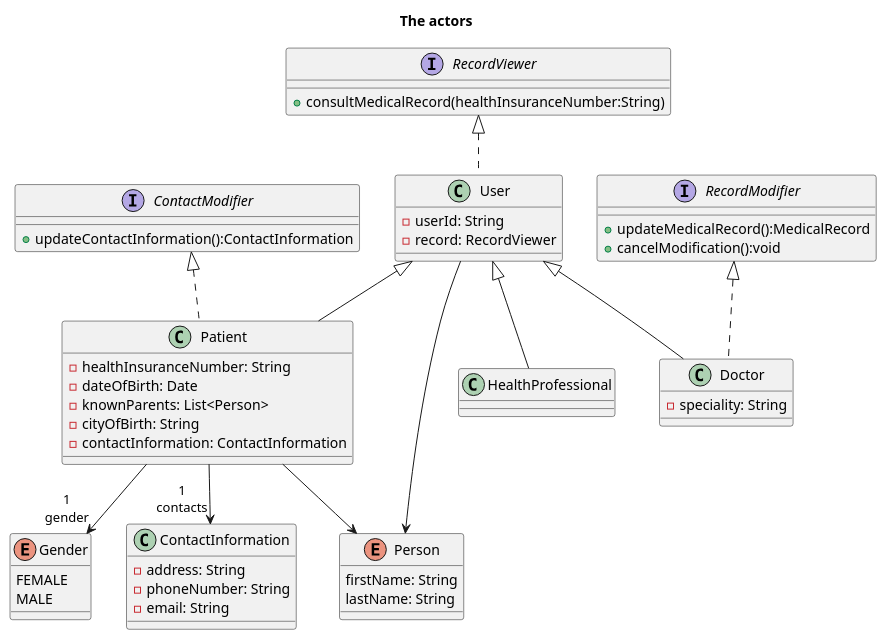
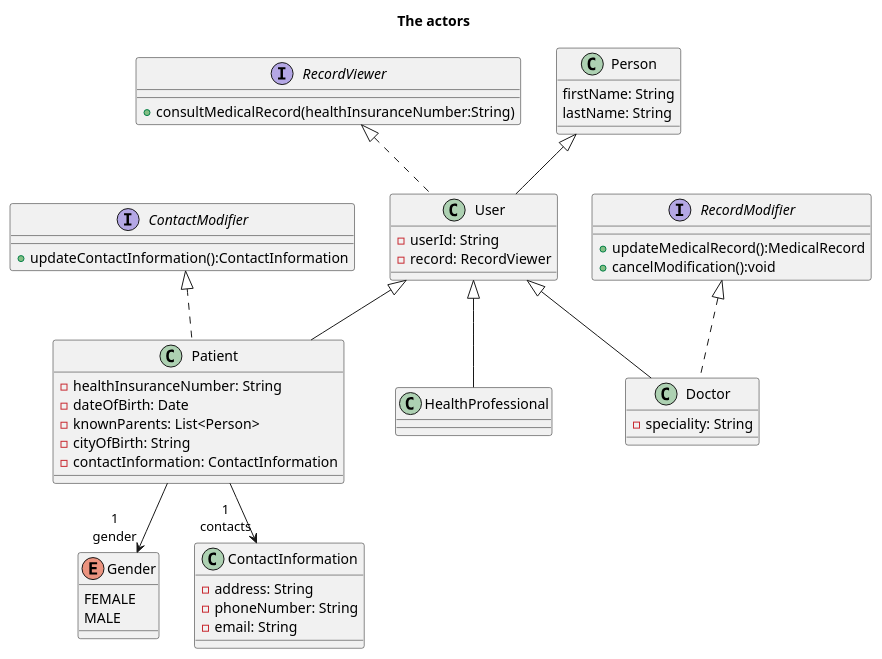
Before and after one commit to CyberFery/med: the second of 4 diagrams in _models/class-diagram.puml, drawn with PlantUML. The commit also changed other lines of this file, not shown here.

Commit message:
Correct typo in class-diagram

```diff
--- a/_models/class-diagram.puml
+++ b/_models/class-diagram.puml
@@ -52,60 +54,58 @@
 @startuml users
 
 title "The actors"
 
 interface ContactModifier {
 +updateContactInformation():ContactInformation
 }
 
 interface RecordViewer {
 +consultMedicalRecord(healthInsuranceNumber:String)
 }
 
 interface RecordModifier {
 +updateMedicalRecord():MedicalRecord
 +cancelModification():void
 }
 
-enum Person {
+class Person {
 firstName: String
 lastName: String
 }
 
-class User implements RecordViewer {
+class User extends Person implements RecordViewer {
 -userId: String
 -record: RecordViewer
 }
 
 class Patient extends User implements ContactModifier {
 -healthInsuranceNumber: String
 -dateOfBirth: Date
 -knownParents: List<Person>
 -cityOfBirth: String
 -contactInformation: ContactInformation
 }
 
 enum Gender {
 FEMALE
 MALE
 }
 
 class ContactInformation{
 -address: String
 -phoneNumber: String
 -email: String
 }
 
 class Doctor extends User implements RecordModifier{
 -speciality: String
 }
 
-class HealthProfessional extends User{
+class HealthProfessional extends User {
 
 }
 
-User --> Person
 Patient --> "1\ngender" Gender
 Patient --> "1\ncontacts" ContactInformation
-Patient --> Person
 
 @enduml
```
